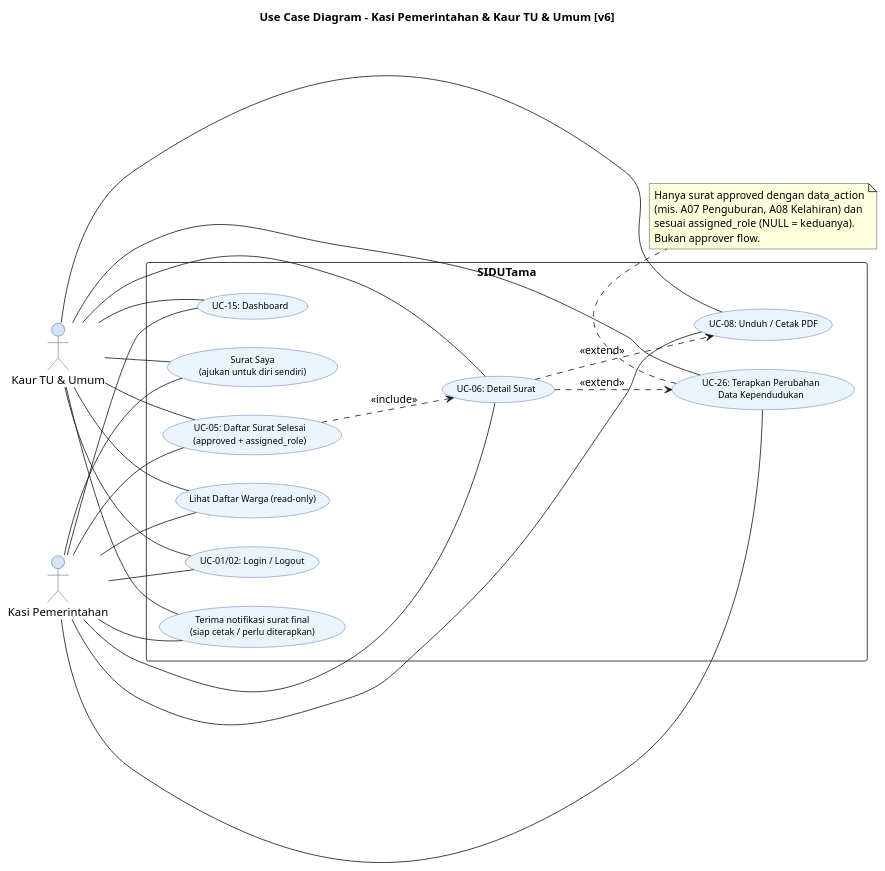
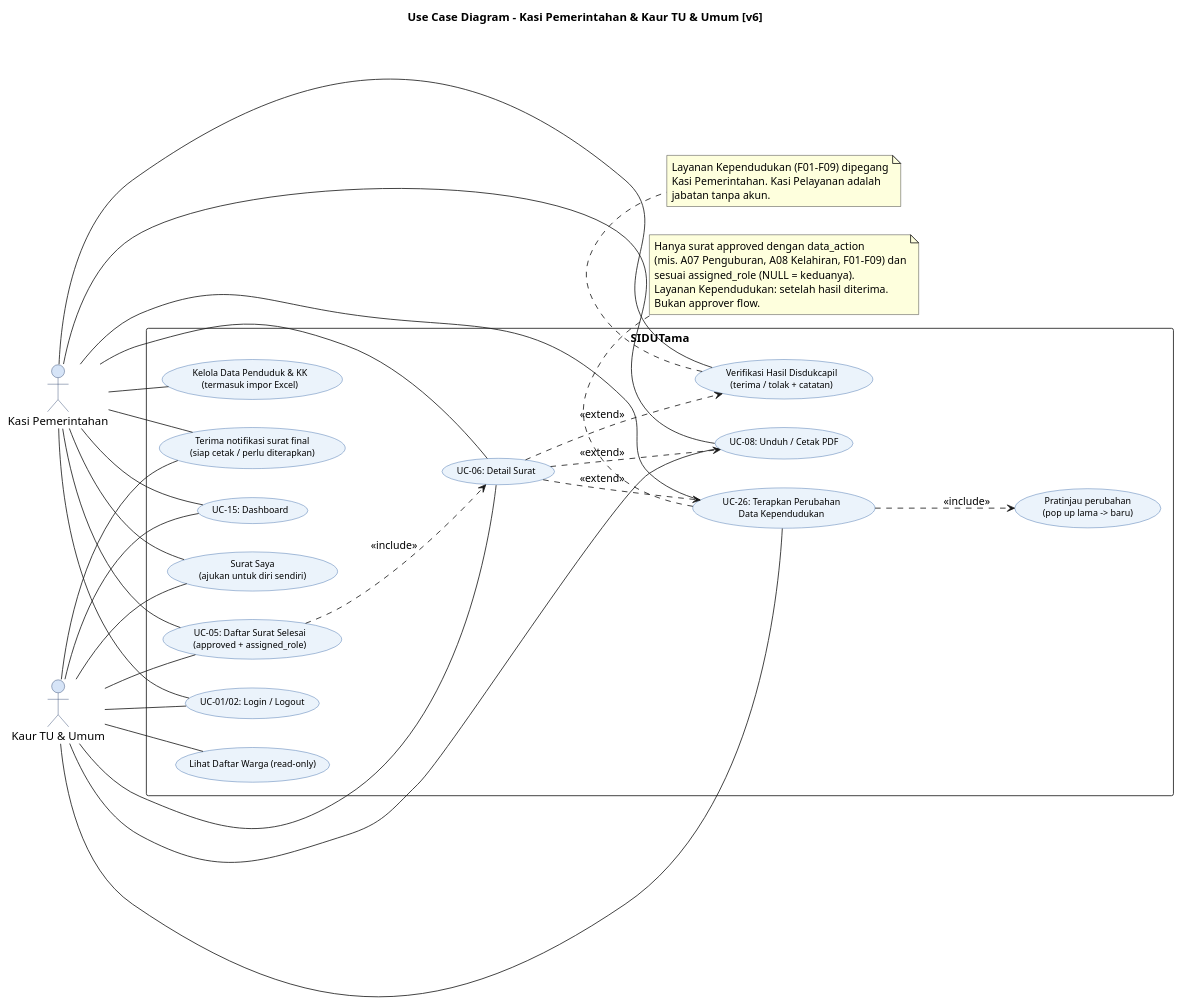
Before and after one commit to Vextronode/sid-app: the diagram in docs/diagram/code/usecase/09_UC_KasiKaur_v6.puml, drawn with PlantUML. The commit also changed other lines of this file and 10 other files, not shown here.

Commit message:
docs: dokumentasikan dokumen dan keterangan tambahan warga, data tambahan anggota saat Terapkan, dan Surat Kuasa di use case

```diff
--- a/docs/diagram/code/usecase/09_UC_KasiKaur_v6.puml
+++ b/docs/diagram/code/usecase/09_UC_KasiKaur_v6.puml
@@ -9,60 +11,73 @@
 @startuml UC_KasiKaur_v6
 left to right direction
 skinparam packageStyle rectangle
 skinparam backgroundColor #FFFFFF
 skinparam usecase {
   BackgroundColor #EBF3FB
   BorderColor #2E5FA3
   FontName Arial
   FontSize 11
 }
 skinparam actor {
   BackgroundColor #D6E4F7
   BorderColor #1F3864
 }
 title Use Case Diagram - Kasi Pemerintahan & Kaur TU & Umum [v6]
 
 actor "Kasi Pemerintahan" as KASI
 actor "Kaur TU & Umum" as KAUR
 
 rectangle "SIDUTama" {
   usecase "UC-01/02: Login / Logout" as UC_AUTH
   usecase "Terima notifikasi surat final\n(siap cetak / perlu diterapkan)" as UC_NOTIF
   usecase "UC-05: Daftar Surat Selesai\n(approved + assigned_role)" as UC_LIST
   usecase "UC-06: Detail Surat" as UC_DETAIL
   usecase "UC-08: Unduh / Cetak PDF" as UC_DL
   usecase "UC-26: Terapkan Perubahan\nData Kependudukan" as UC_FULFILL
+  usecase "Pratinjau perubahan\n(pop up lama -> baru)" as UC_PREVIEW
+  usecase "Verifikasi Hasil Disdukcapil\n(terima / tolak + catatan)" as UC_RESULT
   usecase "Lihat Daftar Warga (read-only)" as UC_CIT
+  usecase "Kelola Data Penduduk & KK\n(termasuk impor Excel)" as UC_CITMANAGE
   usecase "UC-15: Dashboard" as UC_DASH
   usecase "Surat Saya\n(ajukan untuk diri sendiri)" as UC_SELF
 }
 
 KASI -- UC_AUTH
 KASI -- UC_NOTIF
 KASI -- UC_LIST
 KASI -- UC_DETAIL
 KASI -- UC_DL
 KASI -- UC_FULFILL
-KASI -- UC_CIT
+KASI -- UC_RESULT
+KASI -- UC_CITMANAGE
 KASI -- UC_DASH
 KASI -- UC_SELF
 KAUR -- UC_AUTH
 KAUR -- UC_NOTIF
 KAUR -- UC_LIST
 KAUR -- UC_DETAIL
 KAUR -- UC_DL
 KAUR -- UC_FULFILL
 KAUR -- UC_CIT
 KAUR -- UC_DASH
 KAUR -- UC_SELF
 UC_LIST ..> UC_DETAIL : <<include>>
 UC_DETAIL ..> UC_DL : <<extend>>
 UC_DETAIL ..> UC_FULFILL : <<extend>>
+UC_DETAIL ..> UC_RESULT : <<extend>>
+UC_FULFILL ..> UC_PREVIEW : <<include>>
 
 note bottom of UC_FULFILL
   Hanya surat approved dengan data_action
-  (mis. A07 Penguburan, A08 Kelahiran) dan
+  (mis. A07 Penguburan, A08 Kelahiran, F01-F09) dan
   sesuai assigned_role (NULL = keduanya).
+  Layanan Kependudukan: setelah hasil diterima.
   Bukan approver flow.
 end note
+
+note bottom of UC_RESULT
+  Layanan Kependudukan (F01-F09) dipegang
+  Kasi Pemerintahan. Kasi Pelayanan adalah
+  jabatan tanpa akun.
+end note
 @enduml
```
